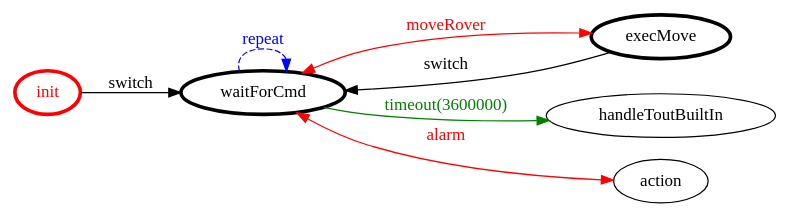
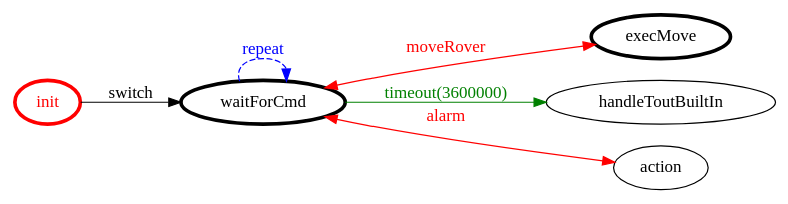
Before and after one commit to MatteoMendula/iss2018Lab: the diagram in it.unibo.mbot.virtual/srcMore/it/unibo/rover/rover.gv, drawn with Graphviz. The commit also changed 156 other files, not shown here.

```diff
--- a/it.unibo.mbot.virtual/srcMore/it/unibo/rover/rover.gv
+++ b/it.unibo.mbot.virtual/srcMore/it/unibo/rover/rover.gv
@@ -1,22 +1,21 @@
 /*
 *
 * A GraphViz DOT FSM description 
 * Please use a GraphViz visualizer (like http://www.webgraphviz.com)
 *  
 */
 
 digraph finite_state_machine {
 	rankdir=LR
 	size="8,5"
 	
 	init [ color = red ][ fontcolor = red ][ penwidth = 3 ]
 	execMove [ color = black ][ fontcolor = black ][ penwidth = 3 ]
 	waitForCmd [ color = black ][ fontcolor = black ][ penwidth = 3 ]
 	
 	waitForCmd -> execMove [ label = "moveRover" ][ color = red ][ fontcolor = red ][ dir = both ]
 	waitForCmd -> handleToutBuiltIn [ label = "timeout(3600000)" ][ color = green ][ fontcolor = green ]
 	waitForCmd -> action [ label = "alarm" ][ color = red ][ fontcolor = red ][ dir = both ]
-	execMove -> waitForCmd [ label = "switch" ][ color = black ][ fontcolor = black ]
 	init -> waitForCmd [ label = "switch" ][ color = black ][ fontcolor = black ]
 	waitForCmd -> waitForCmd [ label = "repeat "][ style = dashed ][ color = blue ][ fontcolor = blue ]
 }
```
